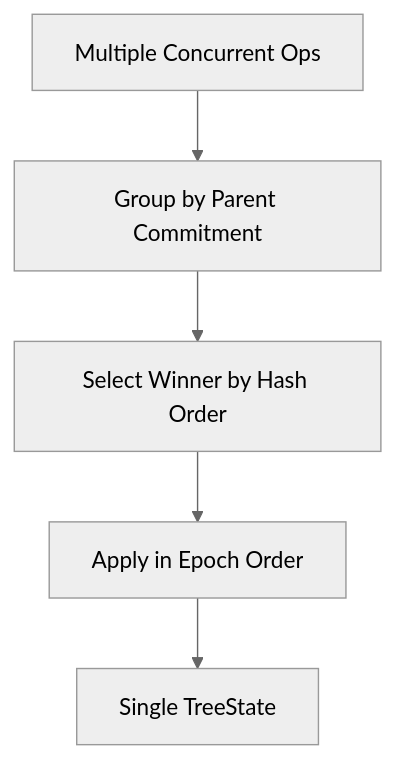
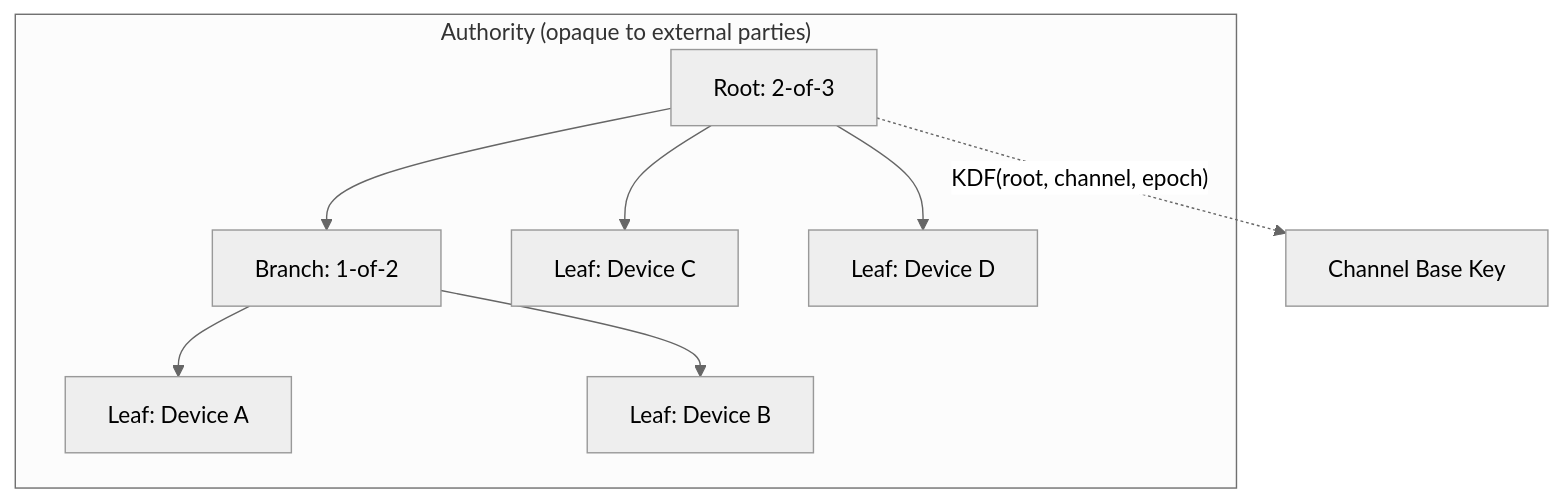
Before and after one commit to hxrts/aura: the first of 2 diagrams in docs/blog/001_group_messaging.md, drawn with Mermaid (neutral theme). The commit also changed other lines of this file and 1 other file, not shown here.

````diff
--- a/docs/blog/001_group_messaging.md
+++ b/docs/blog/001_group_messaging.md
@@ -34,7 +53,12 @@
 ```mermaid
 graph TD
-    A[Multiple Concurrent Ops] --> B[Group by Parent Commitment]
-    B --> C[Select Winner by Hash Order]
-    C --> D[Apply in Epoch Order]
-    D --> E[Single TreeState]
+    subgraph "Authority (opaque to external parties)"
+        R[Root: 2-of-3]
+        R --> B1[Branch: 1-of-2]
+        R --> L3[Leaf: Device C]
+        R --> L4[Leaf: Device D]
+        B1 --> L1[Leaf: Device A]
+        B1 --> L2[Leaf: Device B]
+    end
+    R -.->|"KDF(root, channel, epoch)"| K[Channel Base Key]
 ```
````
